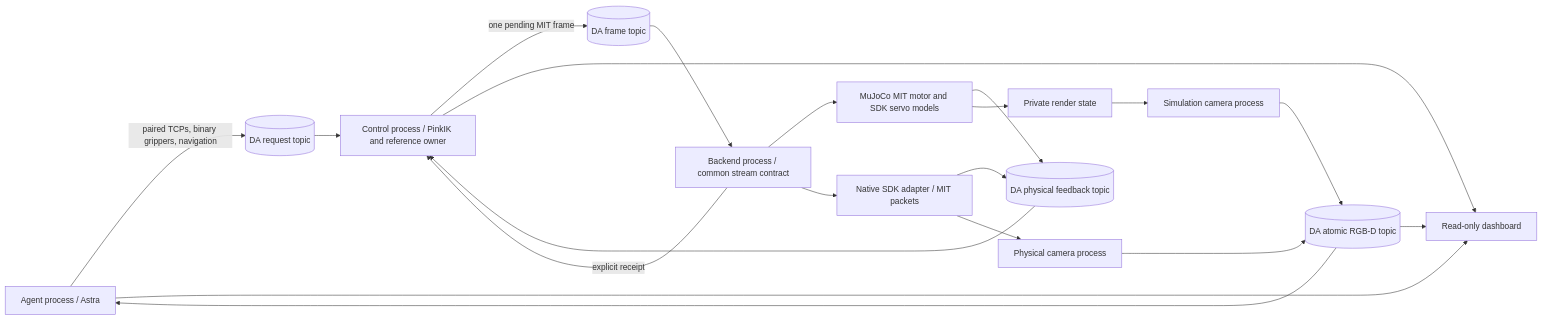
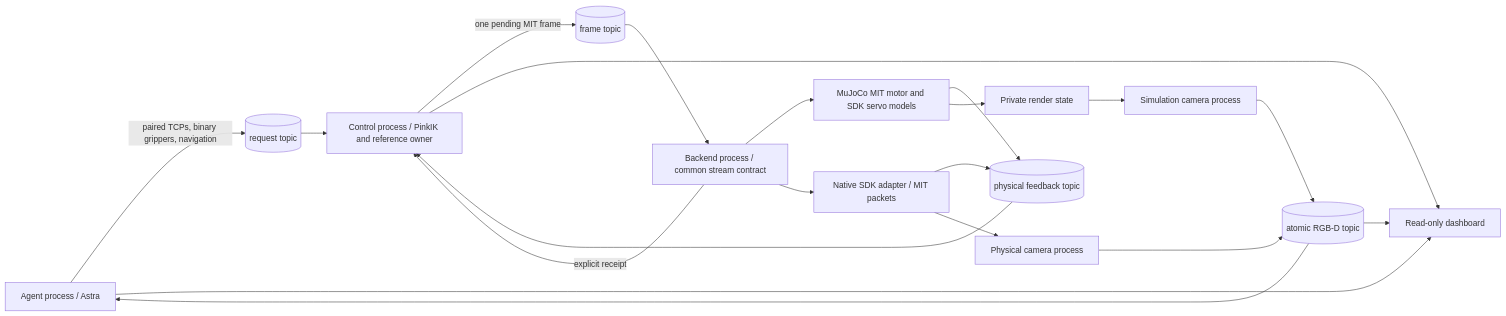
One commit to ZiWang1105/hexfellow-deploy-106 changed the diagram in docs/ARCHITECTURE.md. Above: the diagram before and after it, drawn with Mermaid. The commit also changed other lines of this file and 848 other files, not shown here.

````diff
--- a/docs/ARCHITECTURE.md
+++ b/docs/ARCHITECTURE.md
@@ -5,22 +5,22 @@
 ```mermaid
 flowchart LR
-  A[Agent process / Astra] -->|paired TCPs, binary grippers, navigation| R[(DA request topic)]
+  A[Agent process / Astra] -->|paired TCPs, binary grippers, navigation| R[(request topic)]
   R --> C[Control process / PinkIK and reference owner]
-  C -->|one pending MIT frame| F[(DA frame topic)]
+  C -->|one pending MIT frame| F[(frame topic)]
   F --> B[Backend process / common stream contract]
   B --> S[MuJoCo MIT motor and SDK servo models]
   B --> H[Native SDK adapter / MIT packets]
-  S --> O[(DA physical feedback topic)]
+  S --> O[(physical feedback topic)]
   H --> O
   O --> C
   B -->|explicit receipt| C
   S --> V[Private render state]
   V --> K[Simulation camera process]
   H --> L[Physical camera process]
-  K --> I[(DA atomic RGB-D topic)]
+  K --> I[(atomic RGB-D topic)]
   L --> I
   I --> A
   C --> D[Read-only dashboard]
   I --> D
   A --> D
 ```
````
